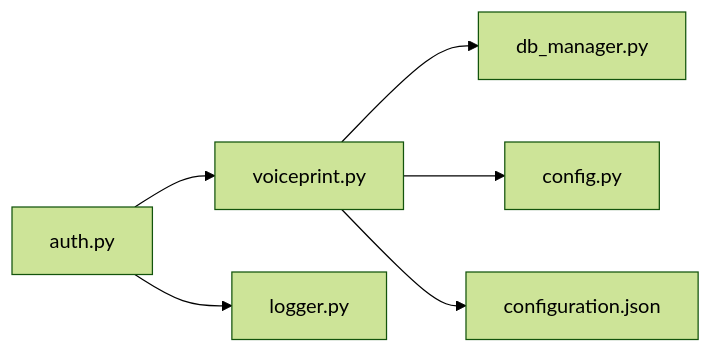
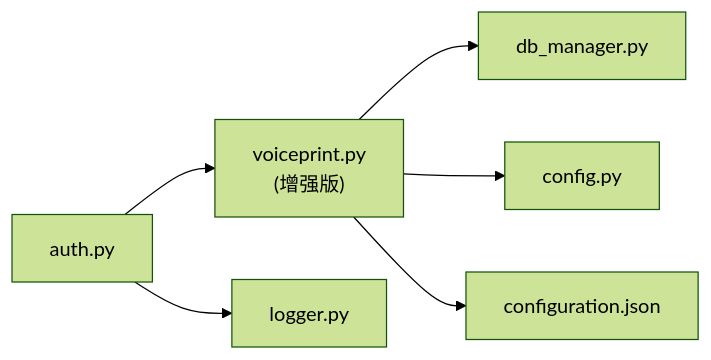
The seventh of 7 diagrams in .qoder/repowiki/zh/content/语音交互系统/声纹识别与用户验证.md (zmdhdu/NexusCockpit), drawn with Mermaid (forest theme) before and after one commit. The commit also changed other lines of this file and 43 other files, not shown here.

````diff
--- a/.qoder/repowiki/zh/content/语音交互系统/声纹识别与用户验证.md
+++ b/.qoder/repowiki/zh/content/语音交互系统/声纹识别与用户验证.md
@@ -355,8 +378,8 @@
 ```mermaid
 graph LR
-Auth["auth.py"] --> VP["voiceprint.py"]
+Auth["auth.py"] --> VP["voiceprint.py<br/>(增强版)"]
 VP --> DB["db_manager.py"]
 VP --> CFG["config.py"]
 VP --> CAM["configuration.json"]
 Auth --> Logger["logger.py"]
 ```
````
